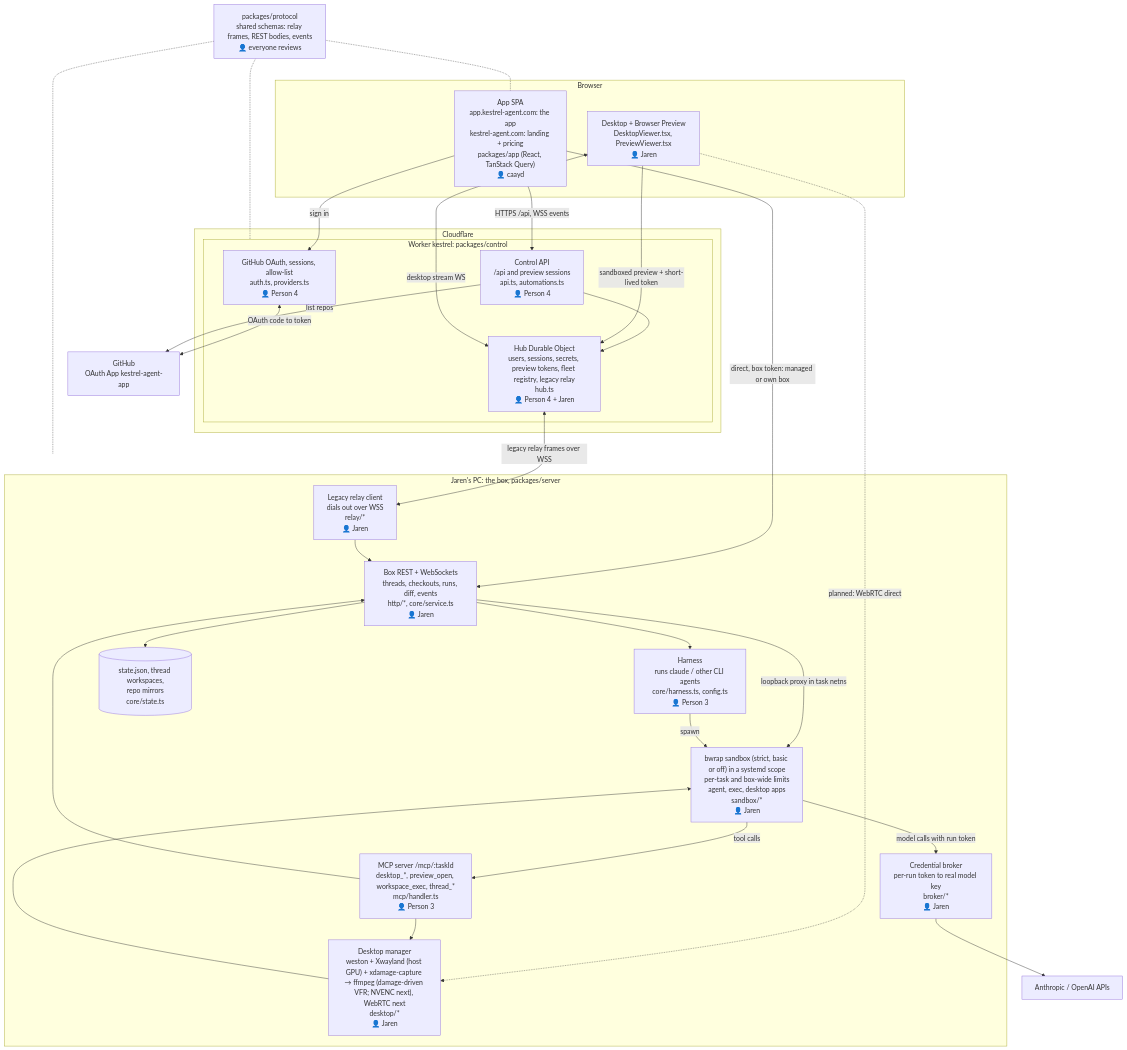
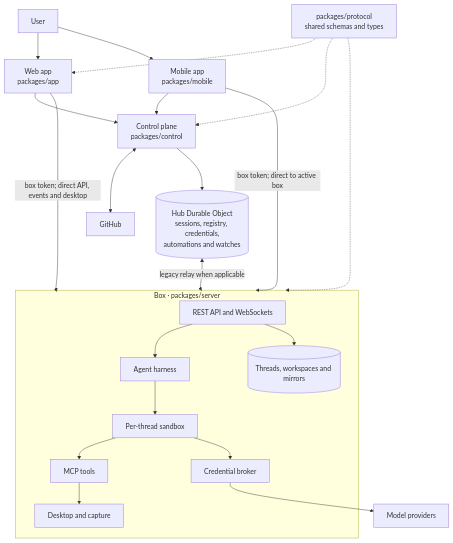
Before and after one commit to jarenm1/kestrel: the diagram in docs/architecture.md, drawn with Mermaid. The commit also changed other lines of this file and 1 other file, not shown here.

Commit message:
docs: make architecture a product reference

````diff
--- a/docs/architecture.md
+++ b/docs/architecture.md
@@ -5,57 +9,30 @@
 ```mermaid
 flowchart TB
-  subgraph Browser["Browser"]
-    APP["App SPA<br/>app.kestrel-agent.com: the app<br/>kestrel-agent.com: landing + pricing<br/>packages/app (React, TanStack Query)<br/>👤 caayd"]
-    VIEW["Desktop + Browser Preview<br/>DesktopViewer.tsx, PreviewViewer.tsx<br/>👤 Jaren"]
+  U["User"] --> WEB["Web app<br/>packages/app"]
+  U --> MOBILE["Mobile app<br/>packages/mobile"]
+  WEB --> CTRL["Control plane<br/>packages/control"]
+  MOBILE --> CTRL
+  CTRL <--> GH["GitHub"]
+  CTRL --> HUB[("Hub Durable Object<br/>sessions, registry, credentials,<br/>automations and watches")]
+  WEB -->|"box token; direct API, events and desktop"| BOX
+  MOBILE -->|"box token; direct to active box"| BOX
+  HUB <-->|"legacy relay when applicable"| BOX
+  subgraph BOX["Box · packages/server"]
+    API["REST API and WebSockets"]
+    HARNESS["Agent harness"]
+    SANDBOX["Per-thread sandbox"]
+    MCP["MCP tools"]
+    BROKER["Credential broker"]
+    DESKTOP["Desktop and capture"]
+    DATA[("Threads, workspaces and mirrors")]
+    API --> HARNESS --> SANDBOX
+    API --> DATA
+    SANDBOX --> MCP
+    SANDBOX --> BROKER
+    MCP --> DESKTOP
   end
-
-  subgraph CF["Cloudflare"]
-    subgraph CTRL["Worker kestrel: packages/control"]
-      AUTH["GitHub OAuth, sessions, allow-list<br/>auth.ts, providers.ts<br/>👤 Person 4"]
-      API["Control API<br/>/api and preview sessions<br/>api.ts, automations.ts<br/>👤 Person 4"]
-      HUB["Hub Durable Object<br/>users, sessions, secrets, preview tokens, fleet registry, legacy relay<br/>hub.ts<br/>👤 Person 4 + Jaren"]
-    end
-  end
-
-  GH["GitHub<br/>OAuth App kestrel-agent-app"]
-
-  subgraph PC["Jaren's PC: the box, packages/server"]
-    RELAY["Legacy relay client<br/>dials out over WSS<br/>relay/*<br/>👤 Jaren"]
-    REST["Box REST + WebSockets<br/>threads, checkouts, runs, diff, events<br/>http/*, core/service.ts<br/>👤 Jaren"]
-    HARN["Harness<br/>runs claude / other CLI agents<br/>core/harness.ts, config.ts<br/>👤 Person 3"]
-    MCP["MCP server /mcp/:taskId<br/>desktop_*, preview_open, workspace_exec, thread_*<br/>mcp/handler.ts<br/>👤 Person 3"]
-    BROKER["Credential broker<br/>per-run token to real model key<br/>broker/*<br/>👤 Jaren"]
-    SB["bwrap sandbox (strict, basic or off) in a systemd scope<br/>per-task and box-wide limits<br/>agent, exec, desktop apps<br/>sandbox/*<br/>👤 Jaren"]
-    DESK["Desktop manager<br/>weston + Xwayland (host GPU) + xdamage-capture → ffmpeg (damage-driven VFR; NVENC next), WebRTC next<br/>desktop/*<br/>👤 Jaren"]
-    STATE[("state.json, thread workspaces,<br/>repo mirrors<br/>core/state.ts")]
-  end
-
-  LLM["Anthropic / OpenAI APIs"]
-
-  APP -->|HTTPS /api, WSS events| API
-  APP -->|sign in| AUTH
-  AUTH <-->|OAuth code to token| GH
-  API -->|list repos| GH
-  API --> HUB
-  HUB <-->|legacy relay frames over WSS| RELAY
-  VIEW -->|sandboxed preview + short-lived token| HUB
-  VIEW <-->|desktop stream WS| HUB
-  APP -->|direct, box token: managed or own box| REST
-  VIEW -.->|planned: WebRTC direct| DESK
-  RELAY --> REST
-  REST -->|loopback proxy in task netns| SB
-  REST --> HARN
-  REST --> STATE
-  HARN -->|spawn| SB
-  SB -->|tool calls| MCP
-  SB -->|model calls with run token| BROKER
-  BROKER --> LLM
-  MCP --> DESK
-  MCP --> REST
-  DESK --> SB
-
-  PROTO["packages/protocol<br/>shared schemas: relay frames, REST bodies, events<br/>👤 everyone reviews"]
-  PROTO -.- APP
-  PROTO -.- CTRL
-  PROTO -.- PC
+  BROKER --> MODEL["Model providers"]
+  PROTOCOL["packages/protocol<br/>shared schemas and types"] -.-> WEB
+  PROTOCOL -.-> CTRL
+  PROTOCOL -.-> BOX
 ```
````
